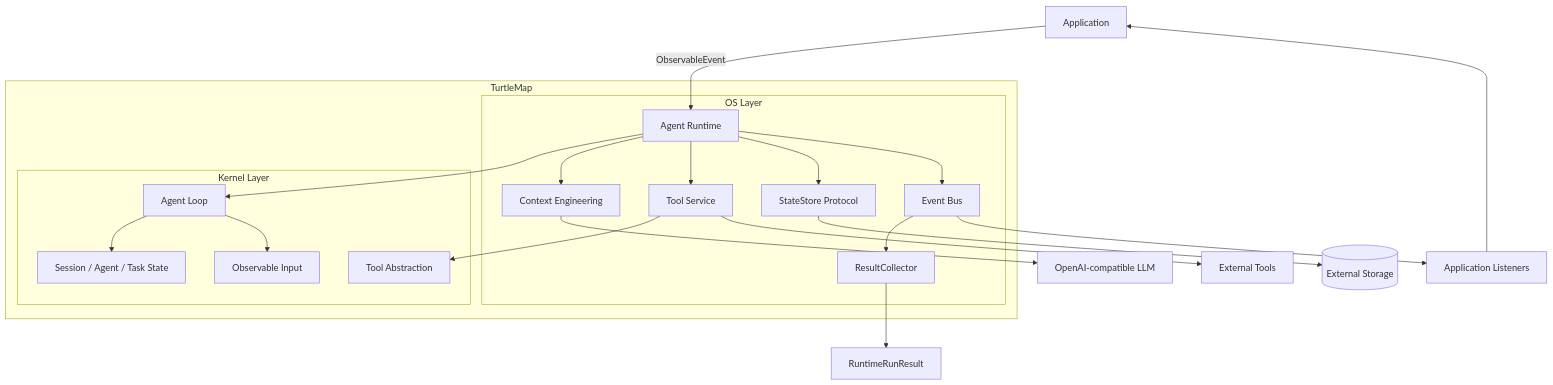
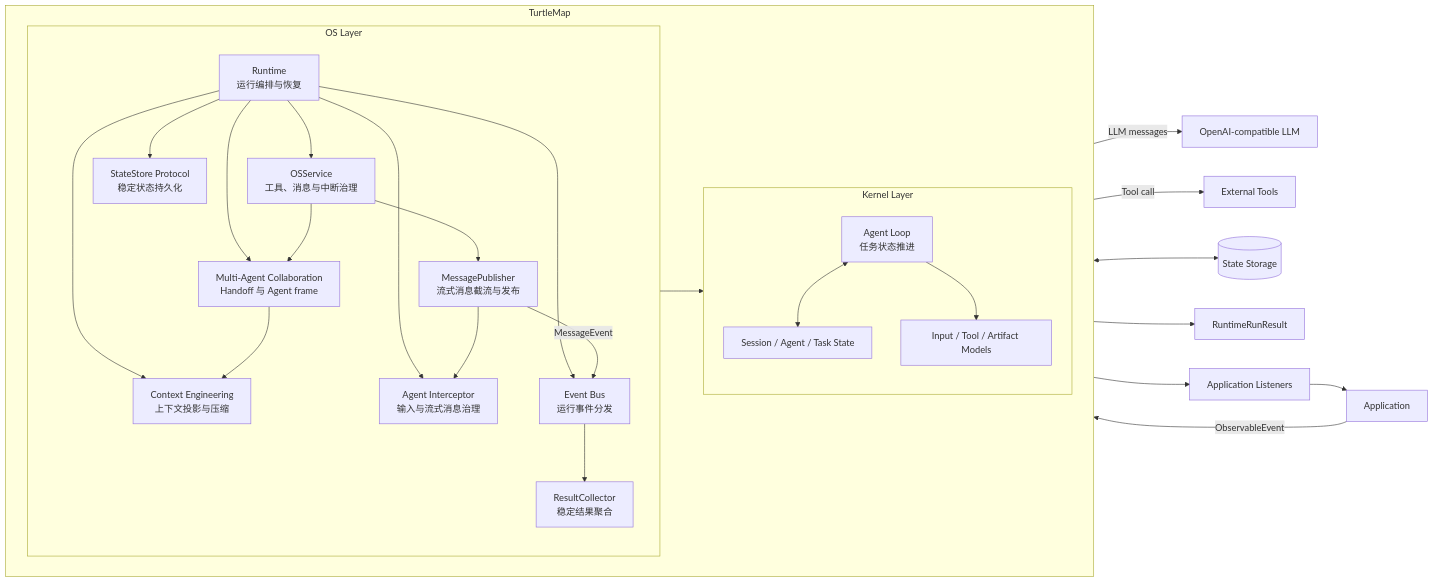
One commit to AkteamYang/turtlemap changed the first of 2 diagrams in README.md. Above: the diagram before and after it, drawn with Mermaid. The commit also changed other lines of this file and 87 other files, not shown here.

````diff
--- a/README.md
+++ b/README.md
@@ -63,39 +69,50 @@
 ```mermaid
-flowchart TB
+flowchart LR
     Application[Application] -->|ObservableEvent| Runtime
 
     subgraph TurtleMap
+        direction LR
+
         subgraph OS[OS Layer]
-            Runtime[Agent Runtime]
-            Context[Context Engineering]
-            ToolService[Tool Service]
-            StateStore[StateStore Protocol]
-            EventBus[Event Bus]
-            Collector[ResultCollector]
+            direction TB
+            Runtime[Runtime<br/>运行编排与恢复]
+            Context[Context Engineering<br/>上下文投影与压缩]
+            Collaboration[Multi-Agent Collaboration<br/>Handoff 与 Agent frame]
+            Service[OSService<br/>工具、消息与中断治理]
+            Interceptor[Agent Interceptor<br/>输入与流式消息治理]
+            Publisher[MessagePublisher<br/>流式消息截流与发布]
+            Store[StateStore Protocol<br/>稳定状态持久化]
+            Bus[Event Bus<br/>运行事件分发]
+            Collector[ResultCollector<br/>稳定结果聚合]
         end
 
         subgraph Kernel[Kernel Layer]
-            AgentLoop[Agent Loop]
-            StateModel[Session / Agent / Task State]
-            InputModel[Observable Input]
-            ToolModel[Tool Abstraction]
+            direction TB
+            Loop[Agent Loop<br/>任务状态推进]
+            State[Session / Agent / Task State]
+            Model[Input / Tool / Artifact Models]
         end
     end
 
-    Runtime --> AgentLoop
+    Runtime --> Loop
     Runtime --> Context
-    Runtime --> ToolService
-    Runtime --> StateStore
-    Runtime --> EventBus
-    AgentLoop --> StateModel
-    AgentLoop --> InputModel
-    ToolService --> ToolModel
-    EventBus --> Collector
-    EventBus --> Listener[Application Listeners]
-
-    Context --> LLM[OpenAI-compatible LLM]
-    ToolService --> ExternalTools[External Tools]
-    StateStore --> Storage[(External Storage)]
+    Runtime --> Collaboration
+    Runtime --> Service
+    Runtime --> Interceptor
+    Runtime --> Store
+    Runtime --> Bus
+    Loop <--> State
+    Loop --> Model
+    Collaboration --> Context
+    Context -->|LLM messages| LLM[OpenAI-compatible LLM]
+    Service --> Publisher
+    Service --> Collaboration
+    Publisher --> Interceptor
+    Service -->|Tool call| Tools[External Tools]
+    Publisher -->|MessageEvent| Bus
+    Store <--> Storage[(State Storage)]
+    Bus --> Collector
     Collector --> Result[RuntimeRunResult]
+    Bus --> Listener[Application Listeners]
     Listener --> Application
 ```
````
